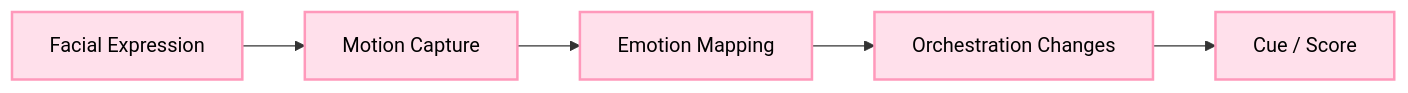
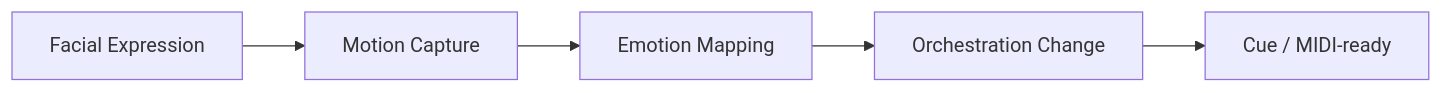
The second of 2 diagrams in README.md (pshivch/disney-ai-dynamic-collab), drawn with Mermaid before and after one commit. The commit also changed other lines of this file, not shown here.

````diff
--- a/README.md
+++ b/README.md
@@ -38,10 +35,7 @@
 ```mermaid
 flowchart LR
-    E["Facial Expression"] --> M["Motion Capture"]
-    M --> X["Emotion Mapping"]
-    X --> O["Orchestration Changes"]
-    O --> C["Cue / Score"]
-
-    classDef pink fill:#ffe0eb,stroke:#ff99bb,stroke-width:2px,color:#000;
-    class E,M,X,O,C pink;
+  F[Facial Expression] --> M[Motion Capture]
+  M --> E[Emotion Mapping]
+  E --> O[Orchestration Change]
+  O --> C[Cue / MIDI-ready]
 ```
````
